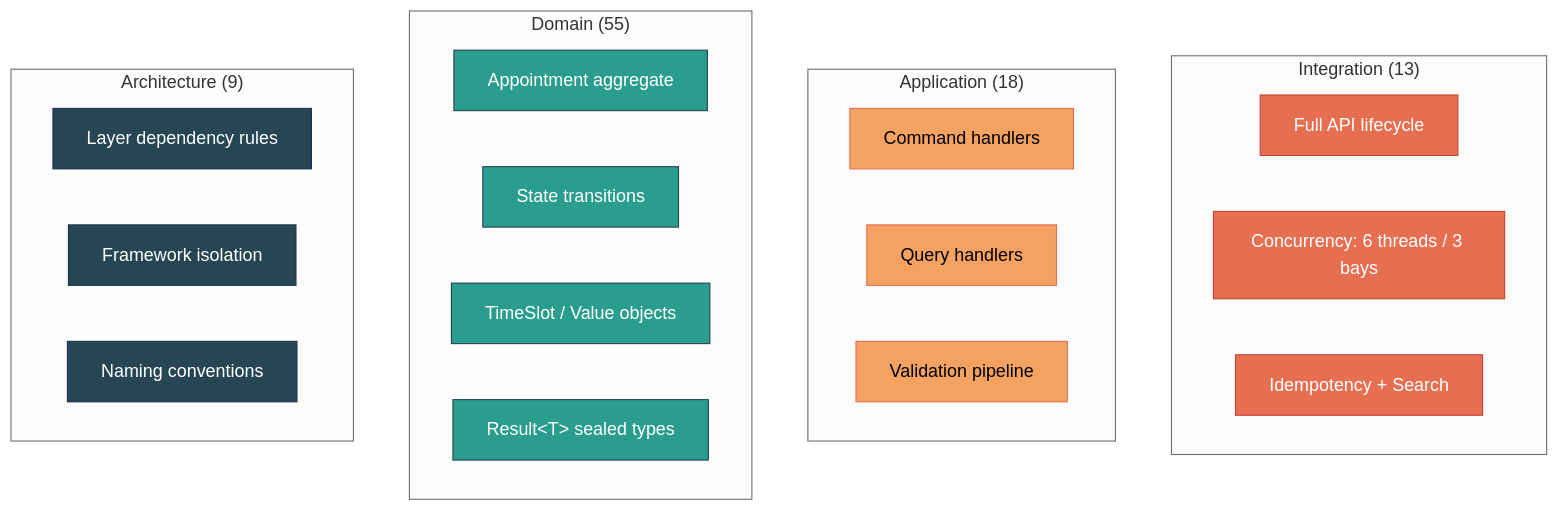
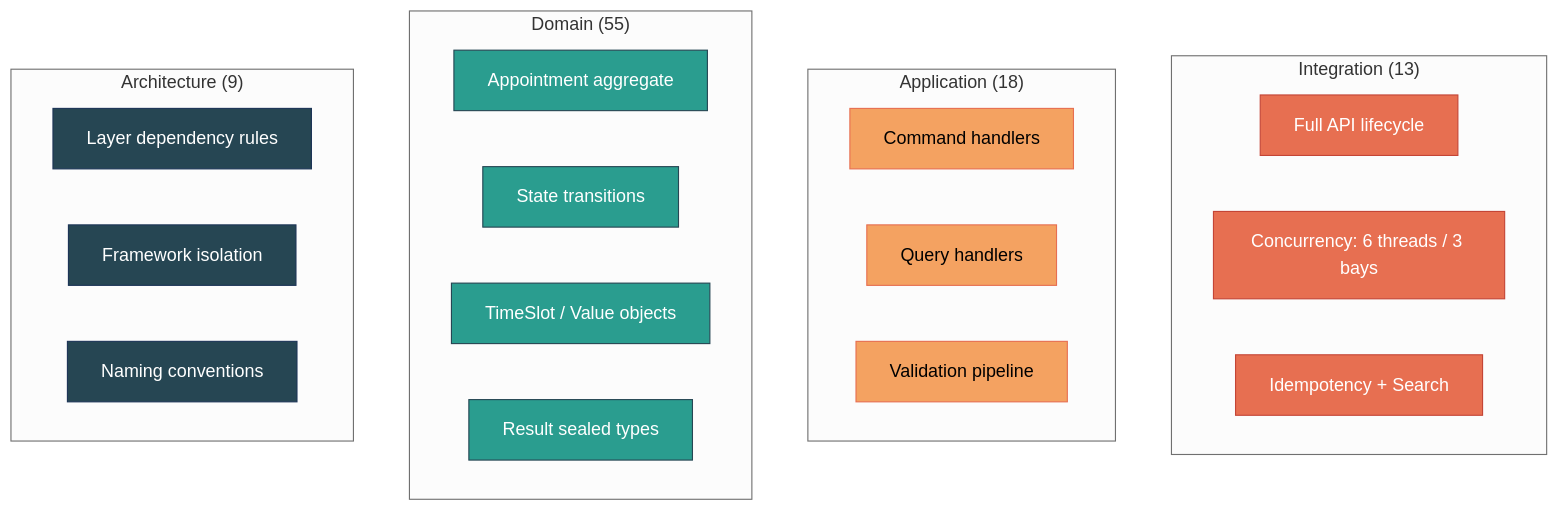
Before and after one commit to huuddd/Keyloop-OA: the sixth of 8 diagrams in README.md, drawn with Mermaid (neutral theme). The commit also changed other lines of this file, not shown here.

First line of the commit message:
fix: correct Mermaid syntax errors in README diagrams

````diff
--- a/README.md
+++ b/README.md
@@ -208,41 +208,41 @@
 ```mermaid
 graph TB
     subgraph "Integration (13)"
         I1[Full API lifecycle]
         I2[Concurrency: 6 threads / 3 bays]
         I3[Idempotency + Search]
     end
 
     subgraph "Application (18)"
         A1[Command handlers]
         A2[Query handlers]
         A3[Validation pipeline]
     end
 
     subgraph "Domain (55)"
         D1[Appointment aggregate]
         D2[State transitions]
         D3[TimeSlot / Value objects]
-        D4["Result&lt;T&gt; sealed types"]
+        D4["Result sealed types"]
     end
 
     subgraph "Architecture (9)"
         AR1[Layer dependency rules]
         AR2[Framework isolation]
         AR3[Naming conventions]
     end
 
     style I1 fill:#e76f51,stroke:#c44536,color:#fff
     style I2 fill:#e76f51,stroke:#c44536,color:#fff
     style I3 fill:#e76f51,stroke:#c44536,color:#fff
     style A1 fill:#f4a261,stroke:#e76f51,color:#000
     style A2 fill:#f4a261,stroke:#e76f51,color:#000
     style A3 fill:#f4a261,stroke:#e76f51,color:#000
     style D1 fill:#2a9d8f,stroke:#264653,color:#fff
     style D2 fill:#2a9d8f,stroke:#264653,color:#fff
     style D3 fill:#2a9d8f,stroke:#264653,color:#fff
     style D4 fill:#2a9d8f,stroke:#264653,color:#fff
     style AR1 fill:#264653,stroke:#1d3557,color:#fff
     style AR2 fill:#264653,stroke:#1d3557,color:#fff
     style AR3 fill:#264653,stroke:#1d3557,color:#fff
 ```
````
